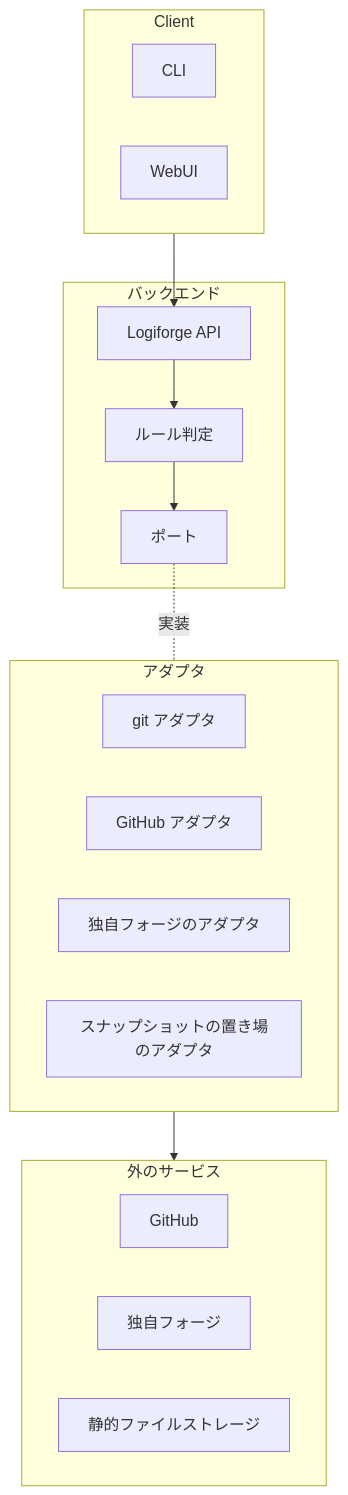
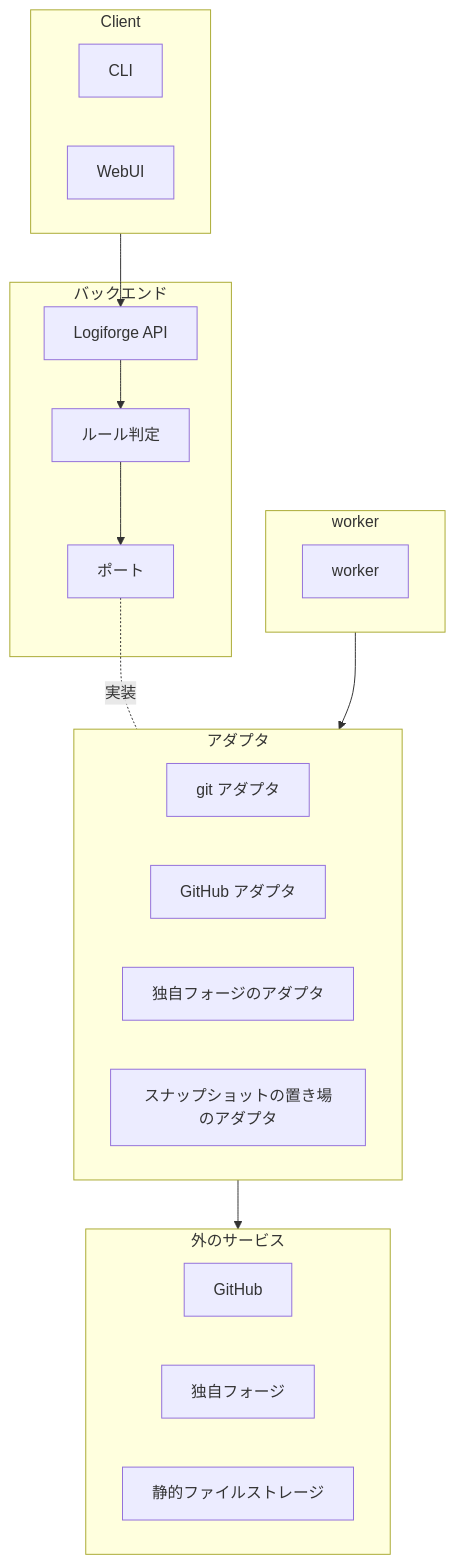
Before and after one commit to yamambainc/logiforge: the diagram in design/architecture.md, drawn with Mermaid. The commit also changed other lines of this file and 30 other files, not shown here.

````diff
--- a/design/architecture.md
+++ b/design/architecture.md
@@ -8,28 +8,32 @@
 ```mermaid
 flowchart TB
   subgraph CL["Client"]
     CLI["CLI"]
     WEB["WebUI"]
   end
   subgraph BE["バックエンド"]
     API["Logiforge API"]
     RULE["ルール判定"]
     PT["ポート"]
+  end
+  subgraph WK["worker"]
+    W["worker"]
   end
   subgraph AD["アダプタ"]
     GA["git アダプタ"]
     GHA["GitHub アダプタ"]
     NFA["独自フォージのアダプタ"]
     SSA["スナップショットの置き場のアダプタ"]
   end
   subgraph EX["外のサービス"]
     GH["GitHub"]
     NF["独自フォージ"]
     OBJ["静的ファイルストレージ"]
   end
   CL --> API
   API --> RULE
   RULE --> PT
   PT -.-|実装| AD
+  WK --> AD
   AD --> EX
 ```
````
